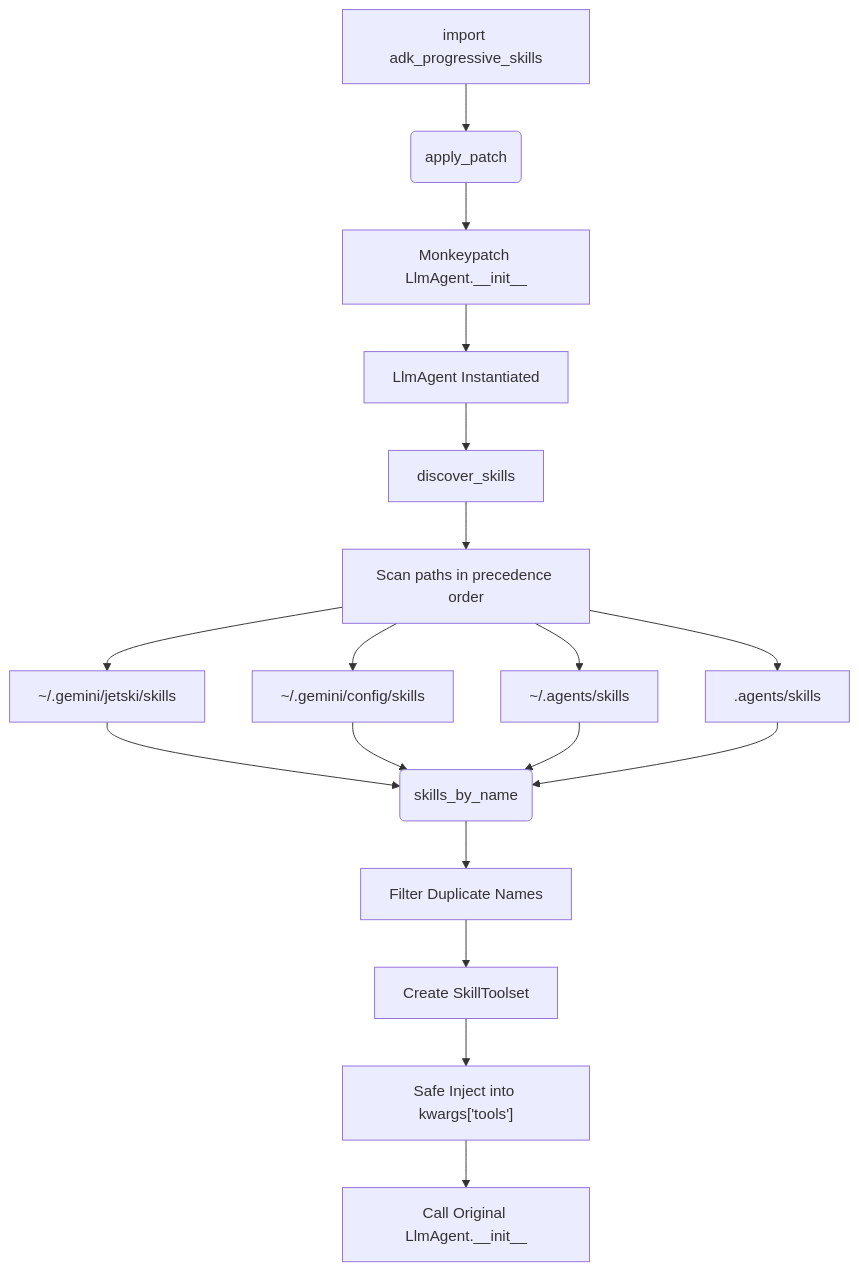
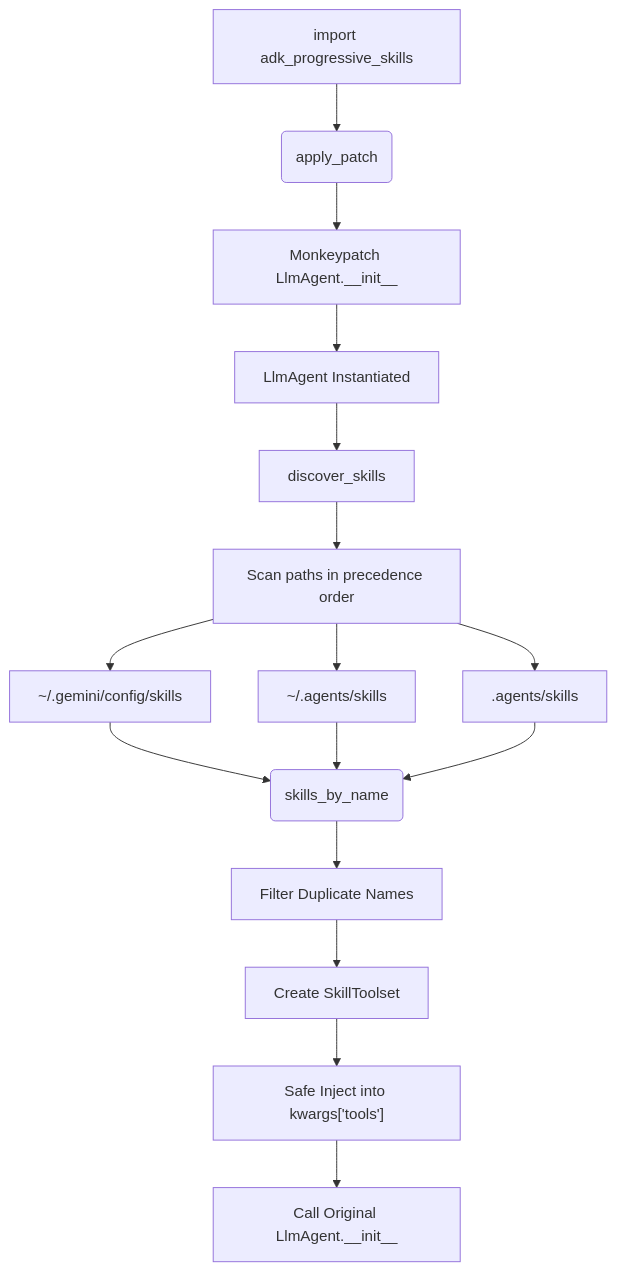
Before and after one commit to aagardezi/adkagents-dynamic-skills: the first of 2 diagrams in README.md, drawn with Mermaid. The commit also changed other lines of this file and 1 other file, not shown here.

````diff
--- a/README.md
+++ b/README.md
@@ -35,20 +34,18 @@
 ```mermaid
 graph TD
     A[import adk_progressive_skills] --> B(apply_patch)
     B --> C[Monkeypatch LlmAgent.__init__]
     C --> D[LlmAgent Instantiated]
     D --> E[discover_skills]
     E --> F[Scan paths in precedence order]
-    F --> G[~/.gemini/jetski/skills]
     F --> H[~/.gemini/config/skills]
     F --> I[~/.agents/skills]
     F --> J[.agents/skills]
-    G --> K(skills_by_name)
-    H --> K
+    H --> K(skills_by_name)
     I --> K
     J --> K
     K --> L[Filter Duplicate Names]
     L --> M[Create SkillToolset]
     M --> N["Safe Inject into kwargs['tools']"]
     N --> O[Call Original LlmAgent.__init__]
 ```
````
